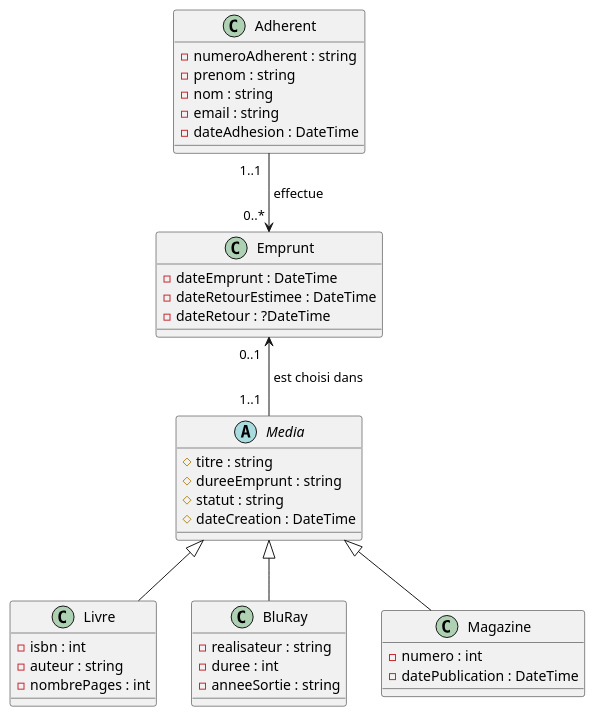
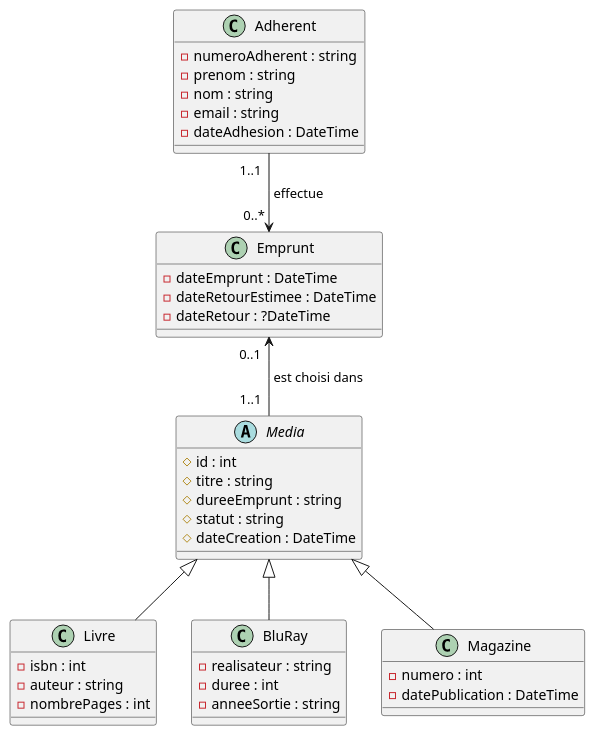
The diagram in documentation/Diagramme_de_classes.puml (nathanpierret/projet-bibliotheque), drawn with PlantUML before and after one commit. The commit also changed 8 other files, not shown here.

```diff
--- a/documentation/Diagramme_de_classes.puml
+++ b/documentation/Diagramme_de_classes.puml
@@ -1,47 +1,48 @@
 @startuml
 'https://plantuml.com/class-diagram
 
 abstract class Media {
+#id : int
 #titre : string
 #dureeEmprunt : string
 #statut : string
 #dateCreation : DateTime
 }
 
 class Livre {
 -isbn : int
 -auteur : string
 -nombrePages : int
 }
 
 class BluRay {
 -realisateur : string
 -duree : int
 -anneeSortie : string
 }
 
 class Magazine {
 -numero : int
 -datePublication : DateTime
 }
 
 class Adherent {
 -numeroAdherent : string
 -prenom : string
 -nom : string
 -email : string
 -dateAdhesion : DateTime
 }
 
 class Emprunt {
 -dateEmprunt : DateTime
 -dateRetourEstimee : DateTime
 -dateRetour : ?DateTime
 }
 
 Media <|-- Livre
 Media <|-- Magazine
 Media <|-- BluRay
 Adherent "1..1  " --> "0..* " Emprunt : " effectue"
 Emprunt "0..1  " <-- "1..1  " Media : " est choisi dans"
 @enduml
```
